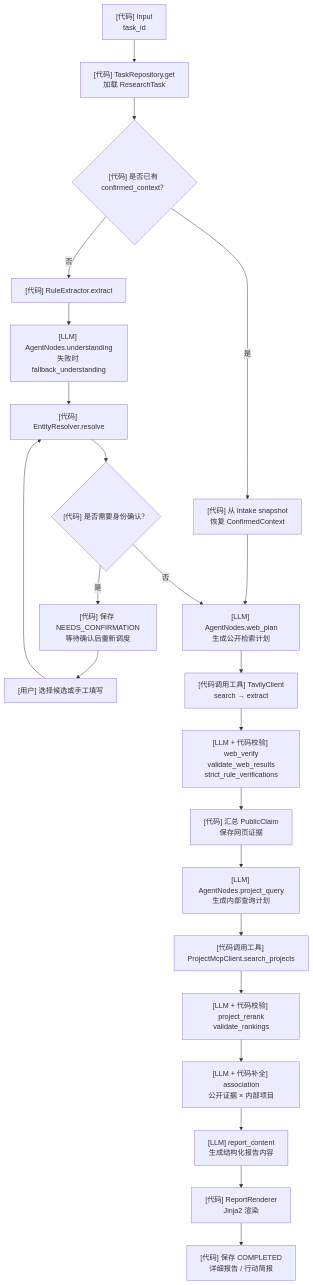
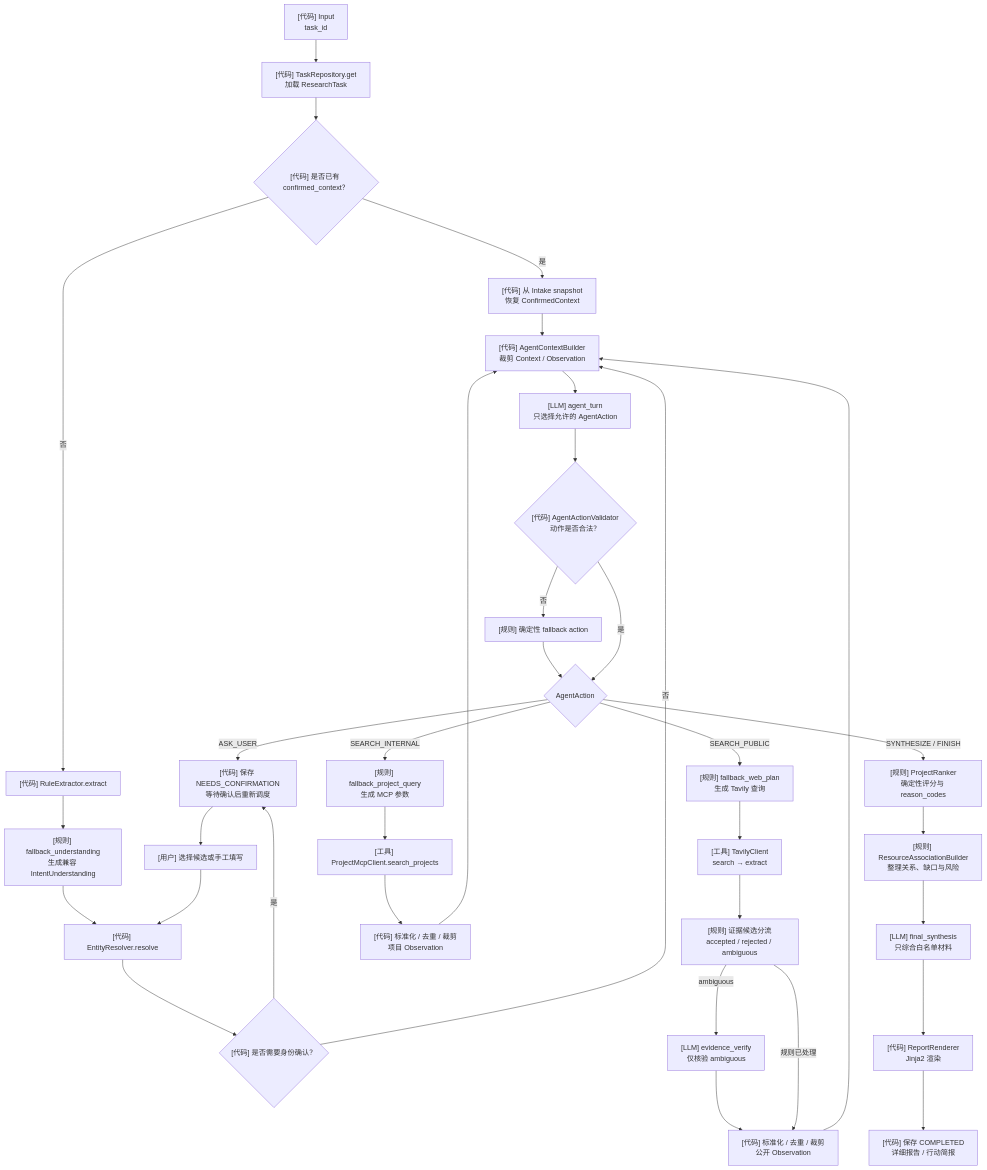
One commit to 41423577arc-lab/RA changed the fourth of 8 diagrams in README.md. Above: the diagram before and after it, drawn with Mermaid. The commit also changed other lines of this file and 2 other files, not shown here.

First line of the commit message:
修复：保持 ResearchPipeline 构造兼容并更新 Agent Loop 文档

````diff
--- a/README.md
+++ b/README.md
@@ -271,38 +276,54 @@
 ```mermaid
 flowchart TD
     Input["[代码] Input<br/>task_id"]
     Load["[代码] TaskRepository.get<br/>加载 ResearchTask"]
     HasContext{"[代码] 是否已有 confirmed_context？"}
 
     Restore["[代码] 从 Intake snapshot<br/>恢复 ConfirmedContext"]
     Extract["[代码] RuleExtractor.extract"]
-    Understand["[LLM] AgentNodes.understanding<br/>失败时 fallback_understanding"]
+    Understand["[规则] fallback_understanding<br/>生成兼容 IntentUnderstanding"]
     Resolve["[代码] EntityResolver.resolve"]
     ConfirmNeeded{"[代码] 是否需要身份确认？"}
     UserConfirm["[用户] 选择候选或手工填写"]
     PersistConfirm["[代码] 保存 NEEDS_CONFIRMATION<br/>等待确认后重新调度"]
 
-    WebPlan["[LLM] AgentNodes.web_plan<br/>生成公开检索计划"]
-    WebTool["[代码调用工具] TavilyClient<br/>search → extract"]
-    WebVerify["[LLM + 代码校验] web_verify<br/>validate_web_results<br/>strict_rule_verifications"]
-    Evidence["[代码] 汇总 PublicClaim<br/>保存网页证据"]
+    Context["[代码] AgentContextBuilder<br/>裁剪 Context / Observation"]
+    Turn["[LLM] agent_turn<br/>只选择允许的 AgentAction"]
+    Validate{"[代码] AgentActionValidator<br/>动作是否合法？"}
+    Fallback["[规则] 确定性 fallback action"]
+    Action{"AgentAction"}
 
-    ProjectPlan["[LLM] AgentNodes.project_query<br/>生成内部查询计划"]
-    ProjectTool["[代码调用工具] ProjectMcpClient.search_projects"]
-    Rerank["[LLM + 代码校验] project_rerank<br/>validate_rankings"]
-    Match["[LLM + 代码补全] association<br/>公开证据 × 内部项目"]
+    WebPlan["[规则] fallback_web_plan<br/>生成 Tavily 查询"]
+    WebTool["[工具] TavilyClient<br/>search → extract"]
+    EvidenceRoute["[规则] 证据候选分流<br/>accepted / rejected / ambiguous"]
+    WebVerify["[LLM] evidence_verify<br/>仅核验 ambiguous"]
+    WebObservation["[代码] 标准化 / 去重 / 裁剪<br/>公开 Observation"]
 
-    Content["[LLM] report_content<br/>生成结构化报告内容"]
+    ProjectPlan["[规则] fallback_project_query<br/>生成 MCP 参数"]
+    ProjectTool["[工具] ProjectMcpClient.search_projects"]
+    ProjectObservation["[代码] 标准化 / 去重 / 裁剪<br/>项目 Observation"]
+
+    Rerank["[规则] ProjectRanker<br/>确定性评分与 reason_codes"]
+    Match["[规则] ResourceAssociationBuilder<br/>整理关系、缺口与风险"]
+    Content["[LLM] final_synthesis<br/>只综合白名单材料"]
     Render["[代码] ReportRenderer<br/>Jinja2 渲染"]
     Complete["[代码] 保存 COMPLETED<br/>详细报告 / 行动简报"]
 
     Input --> Load --> HasContext
-    HasContext -->|"是"| Restore --> WebPlan
+    HasContext -->|"是"| Restore --> Context
     HasContext -->|"否"| Extract --> Understand --> Resolve --> ConfirmNeeded
     ConfirmNeeded -->|"是"| PersistConfirm --> UserConfirm --> Resolve
-    ConfirmNeeded -->|"否"| WebPlan
+    ConfirmNeeded -->|"否"| Context
 
-    WebPlan --> WebTool --> WebVerify --> Evidence
-    Evidence --> ProjectPlan --> ProjectTool --> Rerank
-    Rerank --> Match --> Content --> Render --> Complete
+    Context --> Turn --> Validate
+    Validate -->|"否"| Fallback --> Action
+    Validate -->|"是"| Action
+    Action -->|"SEARCH_PUBLIC"| WebPlan --> WebTool --> EvidenceRoute
+    EvidenceRoute -->|"ambiguous"| WebVerify --> WebObservation
+    EvidenceRoute -->|"规则已处理"| WebObservation
+    Action -->|"SEARCH_INTERNAL"| ProjectPlan --> ProjectTool --> ProjectObservation
+    WebObservation --> Context
+    ProjectObservation --> Context
+    Action -->|"SYNTHESIZE / FINISH"| Rerank --> Match --> Content --> Render --> Complete
+    Action -->|"ASK_USER"| PersistConfirm
 ```
````
